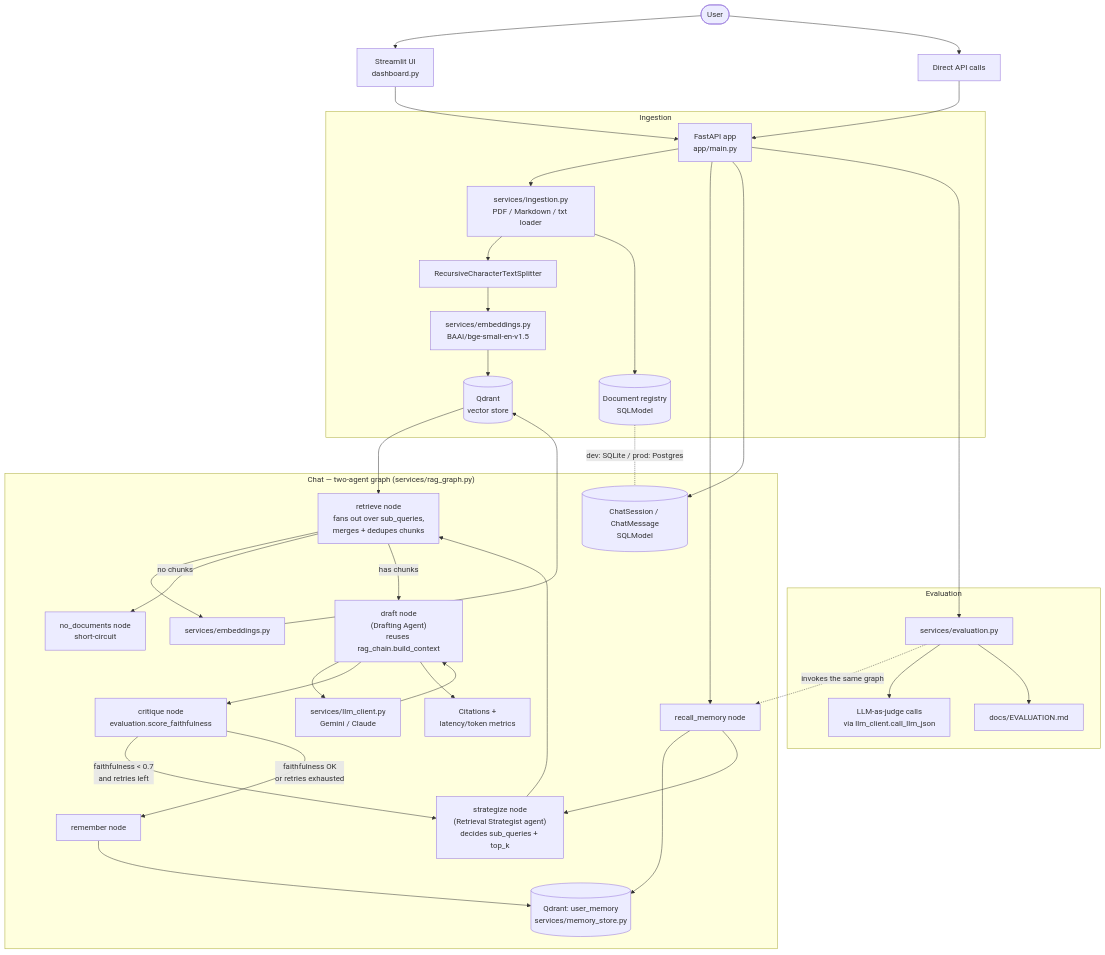
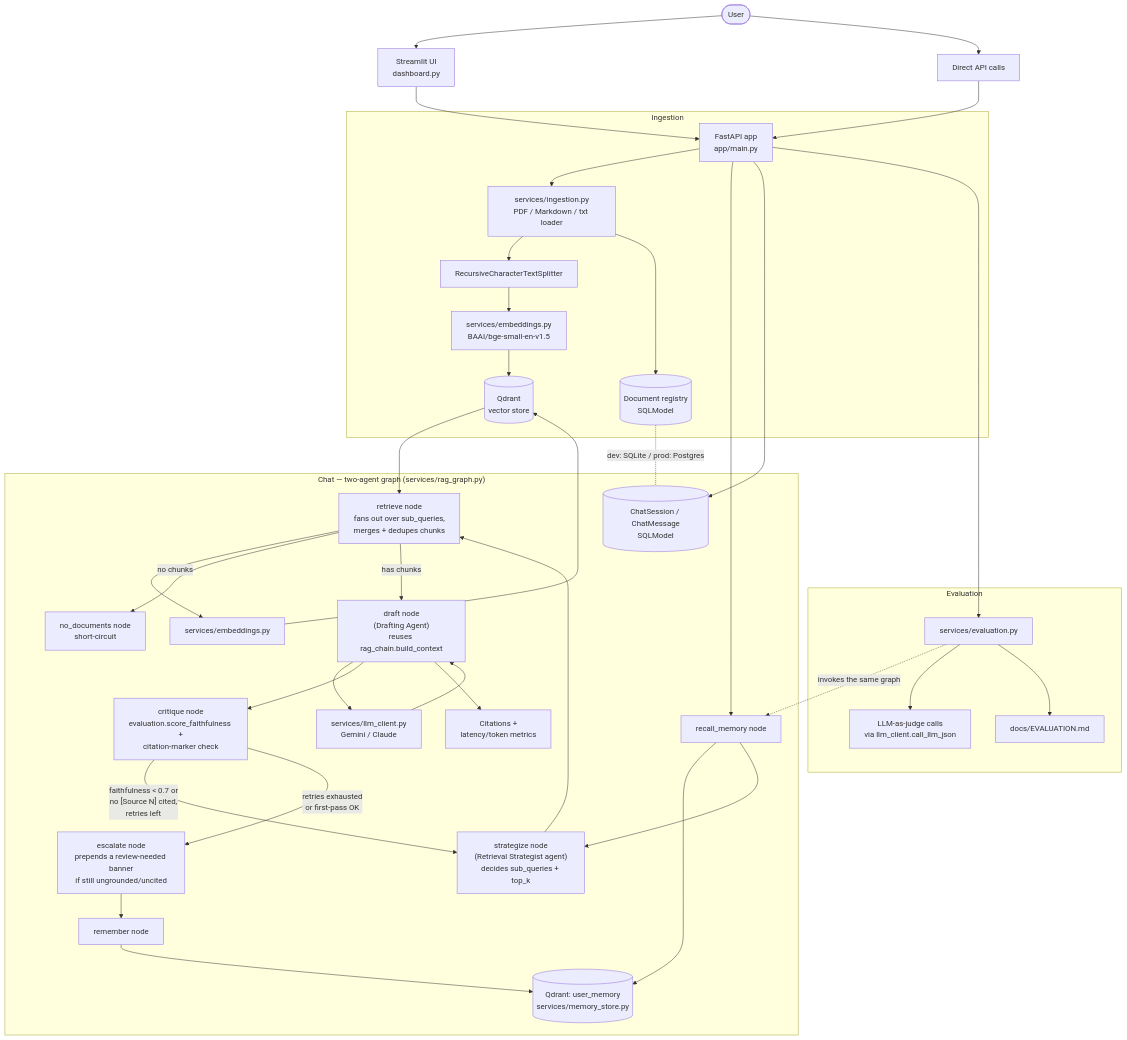
One commit to vishnu0529/enterprise-rag-assistant changed the diagram in docs/ARCHITECTURE.md. Above: the diagram before and after it, drawn with Mermaid. The commit also changed other lines of this file and 14 other files, not shown here.

````diff
--- a/docs/ARCHITECTURE.md
+++ b/docs/ARCHITECTURE.md
@@ -5,44 +5,45 @@
 ```mermaid
 flowchart TD
     User([User]) --> UI[Streamlit UI<br/>dashboard.py]
     User --> API_direct[Direct API calls]
     UI --> API[FastAPI app<br/>app/main.py]
     API_direct --> API
 
     subgraph Ingestion
         API --> Ingest[services/ingestion.py<br/>PDF / Markdown / txt loader]
         Ingest --> Chunk[RecursiveCharacterTextSplitter]
         Chunk --> Embed1[services/embeddings.py<br/>BAAI/bge-small-en-v1.5]
         Embed1 --> Qdrant[(Qdrant<br/>vector store)]
         Ingest --> DocDB[(Document registry<br/>SQLModel)]
     end
 
     subgraph "Chat — two-agent graph (services/rag_graph.py)"
         API --> RecallMem[recall_memory node]
         RecallMem --> UserMem[(Qdrant: user_memory<br/>services/memory_store.py)]
         RecallMem --> Strategize["strategize node<br/>(Retrieval Strategist agent)<br/>decides sub_queries + top_k"]
         Strategize --> Retrieve["retrieve node<br/>fans out over sub_queries,<br/>merges + dedupes chunks"]
         Retrieve --> Embed2[services/embeddings.py]
         Embed2 --> Qdrant
         Qdrant --> Retrieve
         Retrieve -->|no chunks| NoDocs[no_documents node<br/>short-circuit]
         Retrieve -->|has chunks| Draft["draft node<br/>(Drafting Agent)<br/>reuses rag_chain.build_context"]
         Draft --> LLM[services/llm_client.py<br/>Gemini / Claude]
         LLM --> Draft
-        Draft --> Critique[critique node<br/>evaluation.score_faithfulness]
-        Critique -->|faithfulness < 0.7<br/>and retries left| Strategize
-        Critique -->|faithfulness OK<br/>or retries exhausted| Remember[remember node]
+        Draft --> Critique["critique node<br/>evaluation.score_faithfulness +<br/>citation-marker check"]
+        Critique -->|"faithfulness < 0.7 or<br/>no [Source N] cited,<br/>retries left"| Strategize
+        Critique -->|retries exhausted<br/>or first-pass OK| Escalate["escalate node<br/>prepends a review-needed banner<br/>if still ungrounded/uncited"]
+        Escalate --> Remember[remember node]
         Remember --> UserMem
         Draft --> Citations[Citations +<br/>latency/token metrics]
         API --> SessionDB[(ChatSession / ChatMessage<br/>SQLModel)]
     end
 
     subgraph Evaluation
         API --> Eval[services/evaluation.py]
         Eval -.->|invokes the same graph| RecallMem
         Eval --> Judge[LLM-as-judge calls<br/>via llm_client.call_llm_json]
         Eval --> EvalReport[docs/EVALUATION.md]
     end
 
     DocDB -.dev: SQLite / prod: Postgres.- SessionDB
 ```
````
